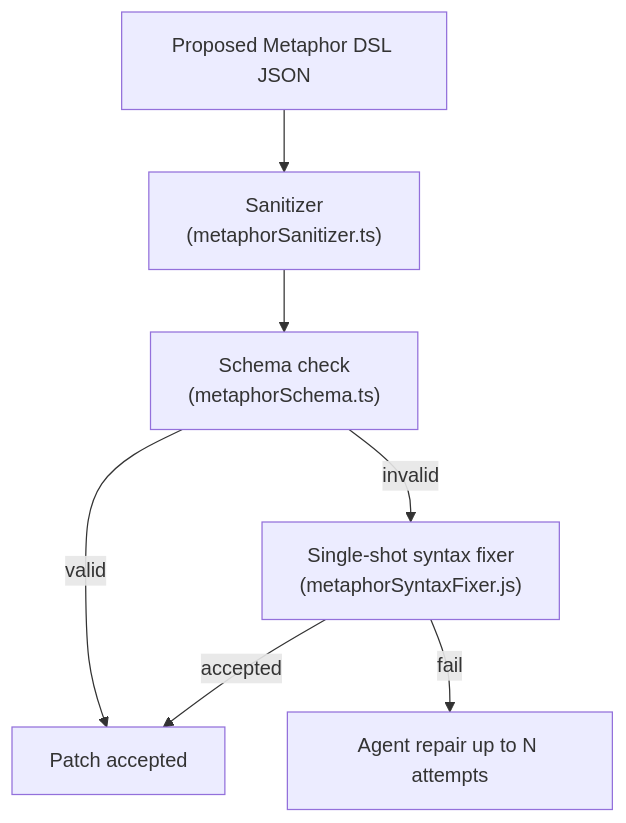
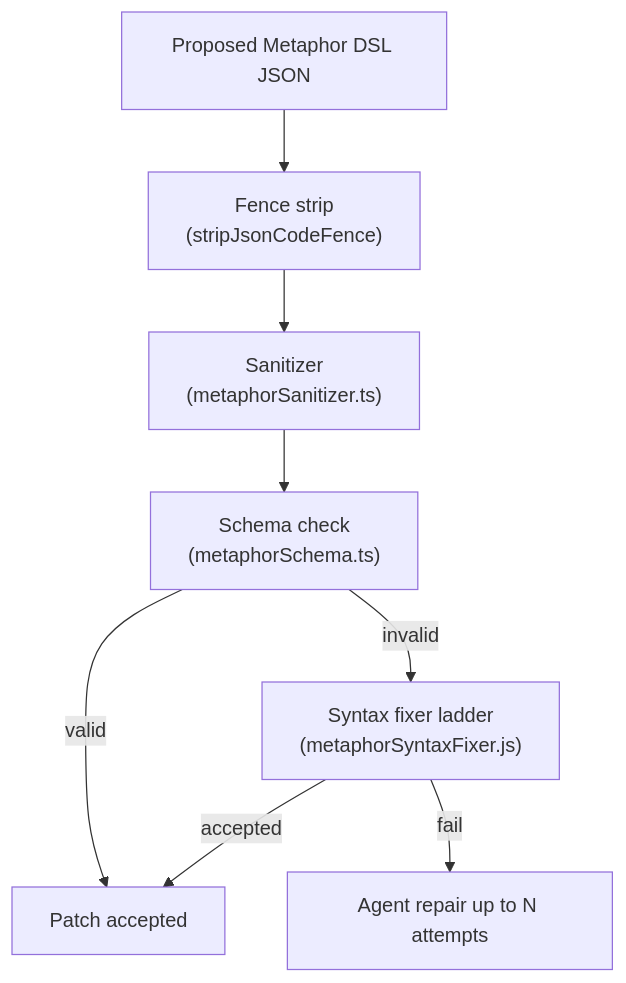
The third of 5 diagrams in docs/guide/validation.md (acuhlmann/mermaid-gen), drawn with Mermaid before and after one commit. The commit also changed other lines of this file and 8 other files, not shown here.

````diff
--- a/docs/guide/validation.md
+++ b/docs/guide/validation.md
@@ -90,9 +90,10 @@
 ```mermaid
 flowchart TB
-  Raw["Proposed Metaphor DSL JSON"] --> S["Sanitizer\n(metaphorSanitizer.ts)"]
+  Raw["Proposed Metaphor DSL JSON"] --> FS["Fence strip\n(stripJsonCodeFence)"]
+  FS --> S["Sanitizer\n(metaphorSanitizer.ts)"]
   S --> SC["Schema check\n(metaphorSchema.ts)"]
   SC -->|valid| P["Patch accepted"]
-  SC -->|invalid| F["Single-shot syntax fixer\n(metaphorSyntaxFixer.js)"]
+  SC -->|invalid| F["Syntax fixer ladder\n(metaphorSyntaxFixer.js)"]
   F -->|accepted| P
   F -->|fail| A["Agent repair up to N attempts"]
 ```
````
